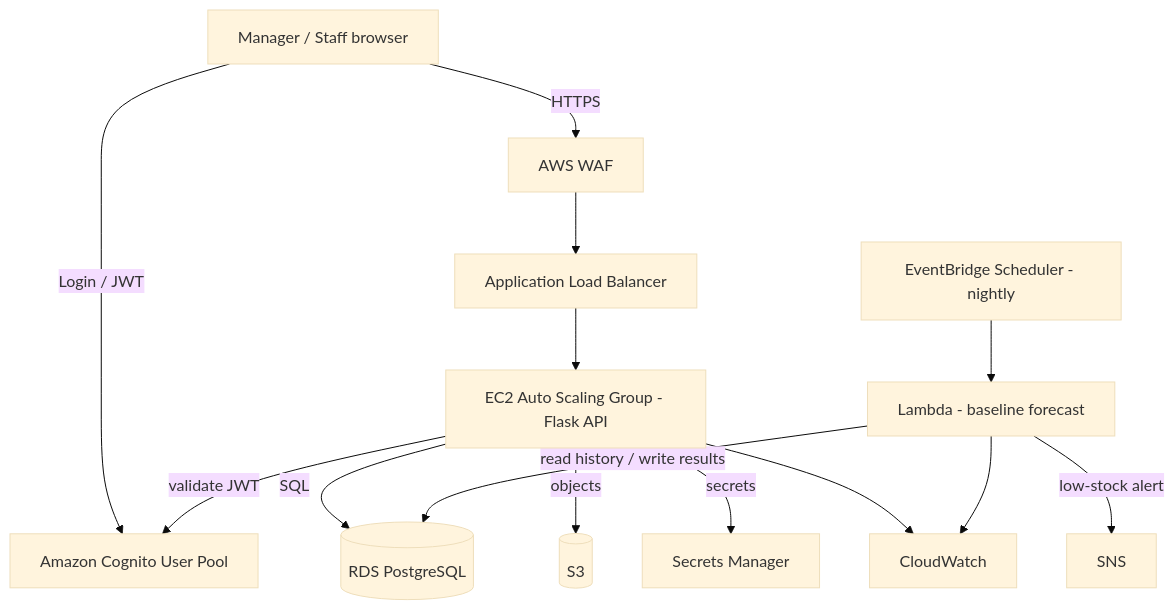
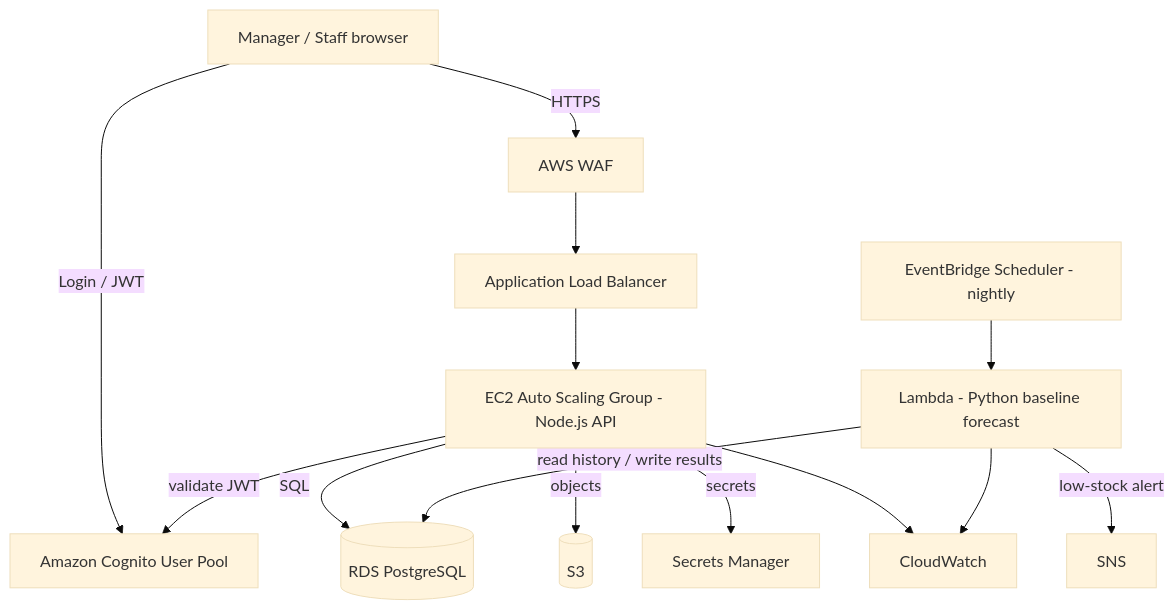
One commit to r4ihn/INF2006_TeamProject_1_Grp4 changed the diagram in docs/implementation-plan.md. Above: the diagram before and after it, drawn with Mermaid (base theme). The commit also changed other lines of this file, not shown here.

Commit message:
Updated changes from Flask to Node.js for backend framework

````diff
--- a/docs/implementation-plan.md
+++ b/docs/implementation-plan.md
@@ -41,16 +49,16 @@
 ```mermaid
 flowchart TD
     User[Manager / Staff browser] -->|HTTPS| WAF[AWS WAF]
     WAF --> ALB[Application Load Balancer]
-    ALB --> ASG[EC2 Auto Scaling Group - Flask API]
+    ALB --> ASG[EC2 Auto Scaling Group - Node.js API]
     User -->|Login / JWT| Cognito[Amazon Cognito User Pool]
     ASG -->|validate JWT| Cognito
     ASG -->|SQL| RDS[(RDS PostgreSQL)]
     ASG -->|objects| S3[(S3)]
     ASG -->|secrets| SM[Secrets Manager]
-    EB[EventBridge Scheduler - nightly] --> LF[Lambda - baseline forecast]
+    EB[EventBridge Scheduler - nightly] --> LF[Lambda - Python baseline forecast]
     LF -->|read history / write results| RDS
     LF -->|low-stock alert| SNS[SNS]
     ASG --> CW[CloudWatch]
     LF --> CW
 ```
````
